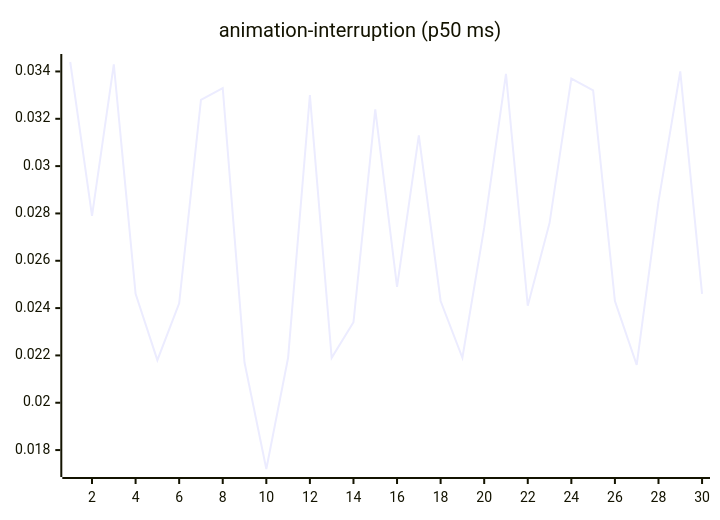
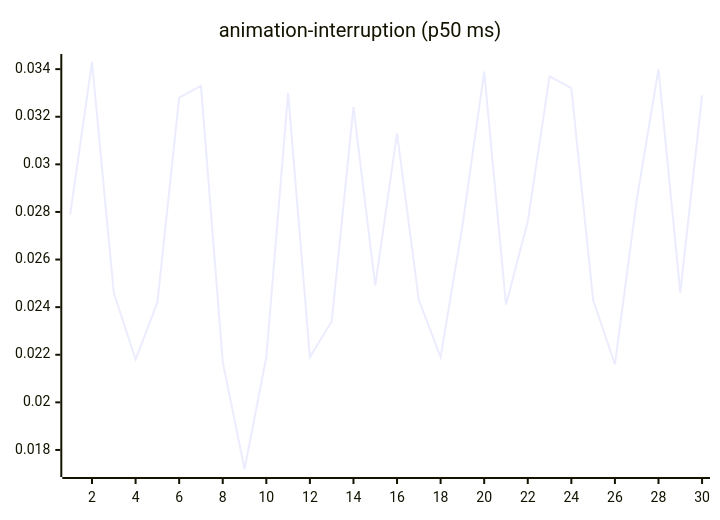
One commit to josha/Facet changed the third of 27 diagrams in README.md. Above: the diagram before and after it, drawn with Mermaid. The commit also changed other lines of this file and 2 other files, not shown here.

````diff
--- a/README.md
+++ b/README.md
@@ -77,6 +77,6 @@
 ```mermaid
 xychart-beta
     title "animation-interruption (p50 ms)"
     x-axis 1 --> 30
-    line [0.0344, 0.0279, 0.0343, 0.0246, 0.0218, 0.0242, 0.0328, 0.0333, 0.0217, 0.0172, 0.0219, 0.0330, 0.0219, 0.0234, 0.0324, 0.0249, 0.0313, 0.0243, 0.0219, 0.0274, 0.0339, 0.0241, 0.0276, 0.0337, 0.0332, 0.0243, 0.0216, 0.0285, 0.0340, 0.0246]
+    line [0.0279, 0.0343, 0.0246, 0.0218, 0.0242, 0.0328, 0.0333, 0.0217, 0.0172, 0.0219, 0.0330, 0.0219, 0.0234, 0.0324, 0.0249, 0.0313, 0.0243, 0.0219, 0.0274, 0.0339, 0.0241, 0.0276, 0.0337, 0.0332, 0.0243, 0.0216, 0.0285, 0.0340, 0.0246, 0.0329]
 ```
````
